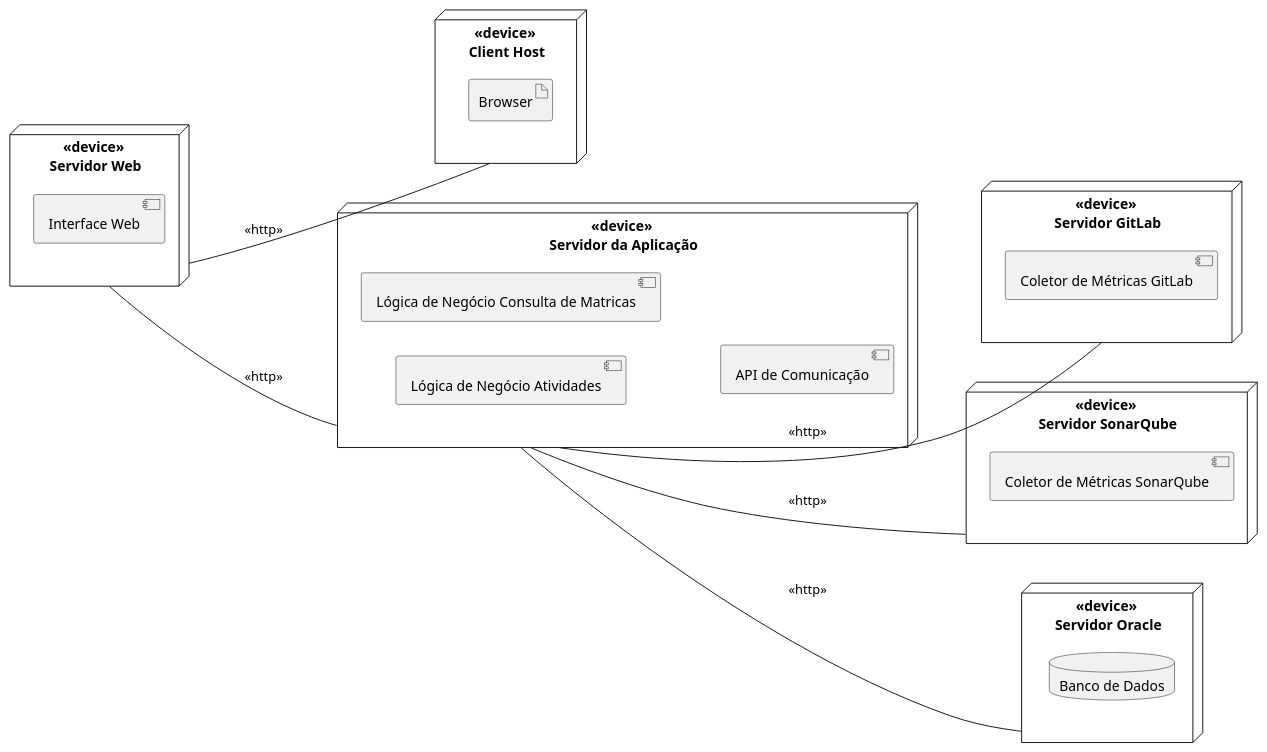
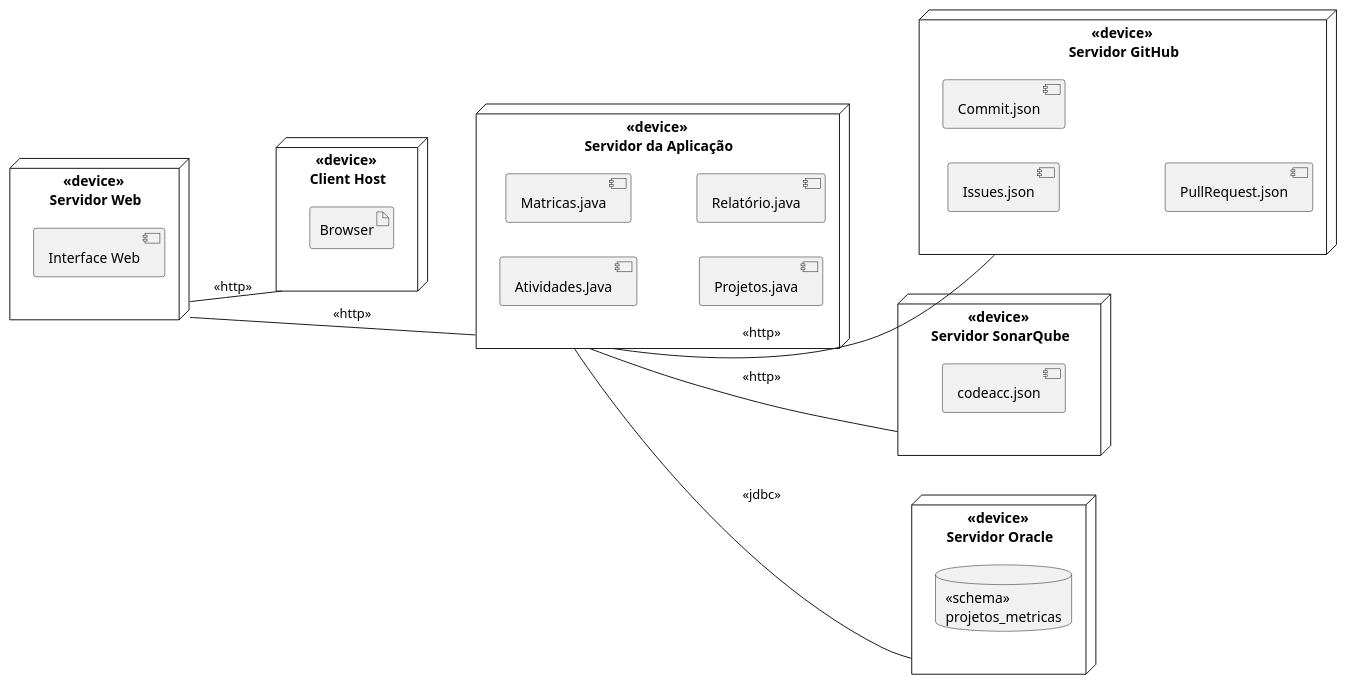
One commit to yurilsn/DiagramasUml changed the diagram in implementacao.wsd. Above: the diagram before and after it, drawn with PlantUML.

Commit message:
refactor: diagrama implementação

```diff
--- a/implementacao.wsd
+++ b/implementacao.wsd
@@ -1,44 +1,48 @@
 @startuml
 ' Definição dos nós de hardware
 
 ' skinparam linetype ortho
 left to right direction
 
 
 node "<<device>> \nServidor Web" as servidor_web {
     component "Interface Web" as Inteface
 }
 
 node "<<device>> \nClient Host" as client {
     artifact "Browser" as browser
 }
 
 node "<<device>> \nServidor da Aplicação" as aplicacao {
-    component "Lógica de Negócio Atividades" as gerir_atividades
-    component "Lógica de Negócio Consulta de Matricas" as coletar_metricas
+    component "Atividades.Java" as gerir_atividades
+    component "Matricas.java" as coletar_metricas
+    component "Projetos.java" as projetos
+    component "Relatório.java" as relatorio
+
+}
+
+node "<<device>> \nServidor GitHub" as github {
+    component "Issues.json" as issue
+    component "Commit.json" as commit
+    component "PullRequest.json" as pr
 
 
-    component "API de Comunicação" as api_comunicacao
-}
-
-node "<<device>> \nServidor GitLab" as gitlab {
-    component "Coletor de Métricas GitLab" as coletor_gitlab
 }
 
 node "<<device>> \nServidor SonarQube" as sonarqube {
-    component "Coletor de Métricas SonarQube" as coletor_sonarqube
+    component "codeacc.json" as coletor_sonarqube
 }
 
 node "<<device>> \nServidor Oracle" as oracle {
-    database "Banco de Dados" as database
+    database "<<schema>> \nprojetos_metricas" as database
 }
 
 ' Comunicação entre componentes e nós
 
-servidor_web --- client : <<http>>
 servidor_web --- aplicacao : <<http>> 
-aplicacao --- oracle : <<http>>
-aplicacao --- gitlab: <<http>>
+aplicacao --- oracle : <<jdbc>>
+aplicacao --- github: <<http>>
 aplicacao --- sonarqube: <<http>>
+servidor_web -- client: <<http>>
 
 @enduml
```
